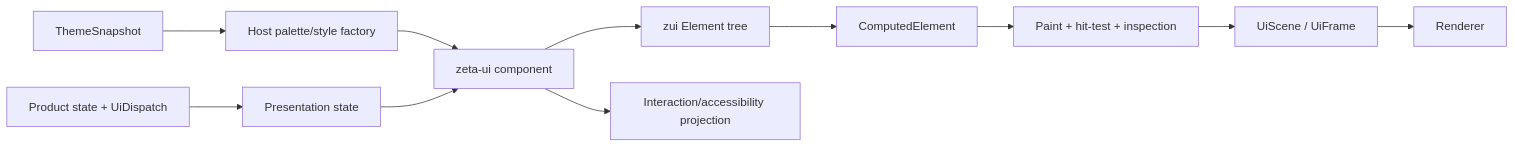
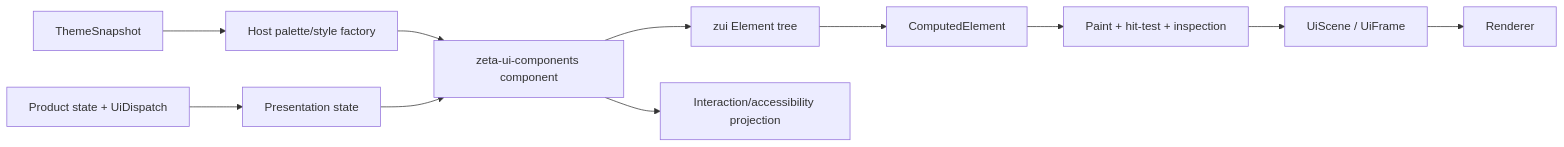
The diagram in app/docs/native-ui-authoring.md (chogng/zeta), drawn with Mermaid before and after one commit. The commit also changed other lines of this file and 25 other files, not shown here.

First line of the commit message:
docs(architecture): document split UI crate ownership

````diff
--- a/app/docs/native-ui-authoring.md
+++ b/app/docs/native-ui-authoring.md
@@ -20,13 +20,13 @@
 ```mermaid
 flowchart LR
     T[ThemeSnapshot] --> P[Host palette/style factory]
     S[Product state + UiDispatch] --> V[Presentation state]
-    P --> C[zeta-ui component]
+    P --> C[zeta-ui-components component]
     V --> C
     C --> E[zui Element tree]
     E --> CE[ComputedElement]
     CE --> O[Paint + hit-test + inspection]
     C --> I[Interaction/accessibility projection]
     O --> F[UiScene / UiFrame]
     F --> R[Renderer]
 ```
````
